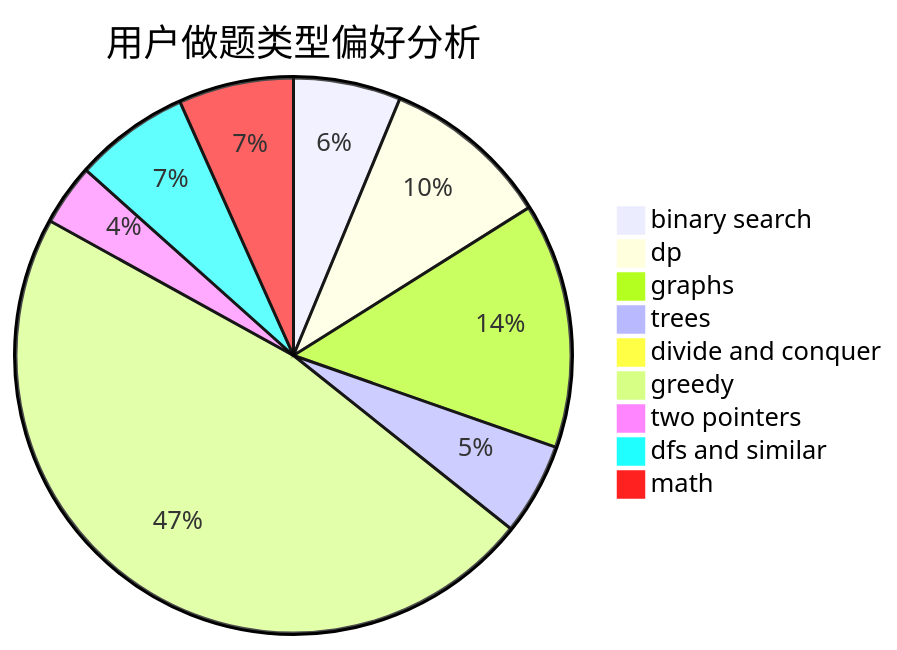
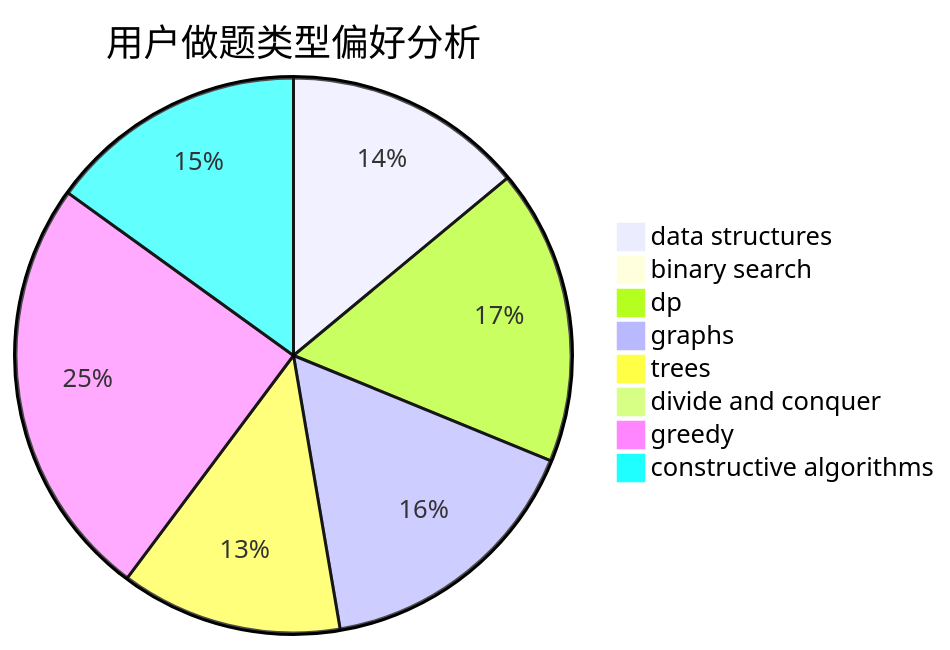
One commit to sherpahu/cfrs.github.io changed the second of 3 diagrams in docs/user/u1650.md. Above: the diagram before and after it, drawn with Mermaid. The commit also changed other lines of this file and 2775 other files, not shown here.

````diff
--- a/docs/user/u1650.md
+++ b/docs/user/u1650.md
@@ -23,12 +23,11 @@
 ```mermaid
 pie title 用户做题类型偏好分析
-    "binary search" :  14
-    "dp" :  22
-    "graphs" :  32
+    "data structures" :  13
+    "binary search" :  0
+    "dp" :  16
+    "graphs" :  15
     "trees" :  12
     "divide and conquer" :  0
-    "greedy" :  106
-    "two pointers" :  8
-    "dfs and similar" :  15
-    "math" :  15
+    "greedy" :  23
+    "constructive algorithms" :  14
 ```
````
